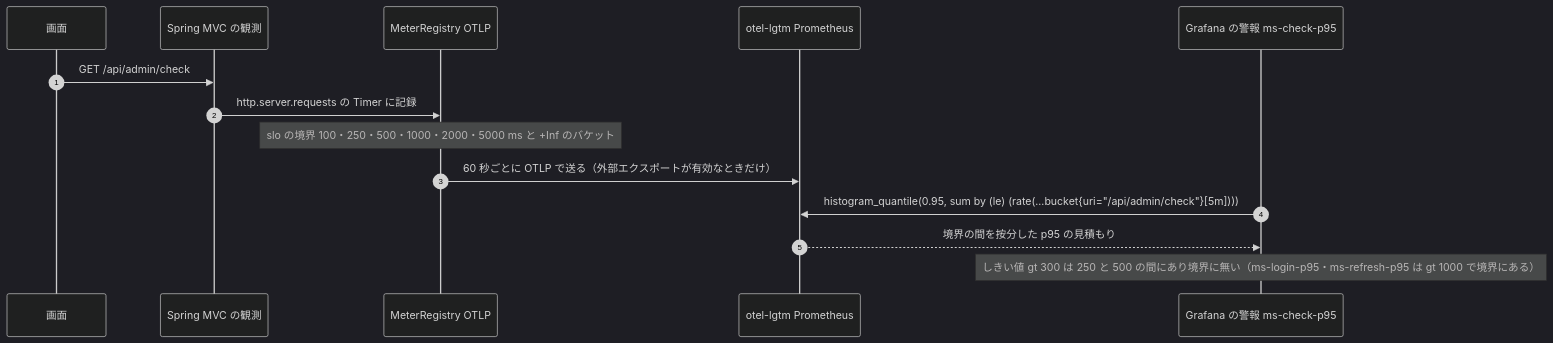
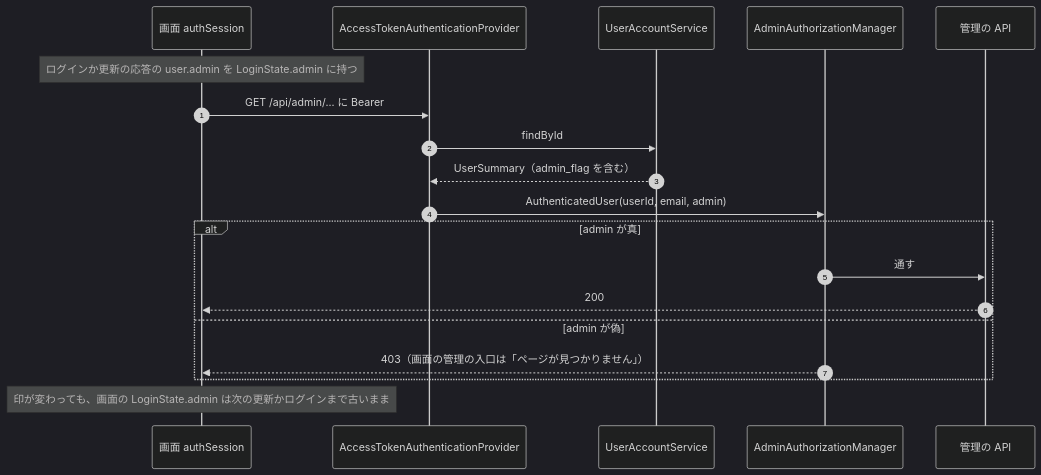
Before and after one commit to agwlvssainokuni/mastersmith2: the third of 5 diagrams in aidlc/spaces/default/codekb/mastersmith2/architecture.md, drawn with Mermaid (dark theme). The commit also changed other lines of this file and 14 other files, not shown here.

````diff
--- a/aidlc/spaces/default/codekb/mastersmith2/architecture.md
+++ b/aidlc/spaces/default/codekb/mastersmith2/architecture.md
@@ -106,17 +168,22 @@
 ```mermaid
 sequenceDiagram
   autonumber
-  participant C as 画面
-  participant MVC as Spring MVC の観測
-  participant REG as MeterRegistry OTLP
-  participant L as otel-lgtm Prometheus
-  participant G as Grafana の警報 ms-check-p95
+  participant P as 画面 authSession
+  participant ATP as AccessTokenAuthenticationProvider
+  participant UAS as UserAccountService
+  participant AAM as AdminAuthorizationManager
+  participant C as 管理の API
 
-  C->>MVC: GET /api/admin/check
-  MVC->>REG: http.server.requests の Timer に記録
-  Note over REG: slo の境界 100・250・500・1000・2000・5000 ms と +Inf のバケット
-  REG->>L: 60 秒ごとに OTLP で送る（外部エクスポートが有効なときだけ）
-  G->>L: histogram_quantile(0.95, sum by (le) (rate(...bucket{uri="/api/admin/check"}[5m])))
-  L-->>G: 境界の間を按分した p95 の見積もり
-  Note over G: しきい値 gt 300 は 250 と 500 の間にあり境界に無い（ms-login-p95・ms-refresh-p95 は gt 1000 で境界にある）
+  Note over P: ログインか更新の応答の user.admin を LoginState.admin に持つ
+  P->>ATP: GET /api/admin/... に Bearer
+  ATP->>UAS: findById
+  UAS-->>ATP: UserSummary（admin_flag を含む）
+  ATP->>AAM: AuthenticatedUser(userId, email, admin)
+  alt admin が真
+    AAM->>C: 通す
+    C-->>P: 200
+  else admin が偽
+    AAM-->>P: 403（画面の管理の入口は「ページが見つかりません」）
+  end
+  Note over P: 印が変わっても、画面の LoginState.admin は次の更新かログインまで古いまま
 ```
````
